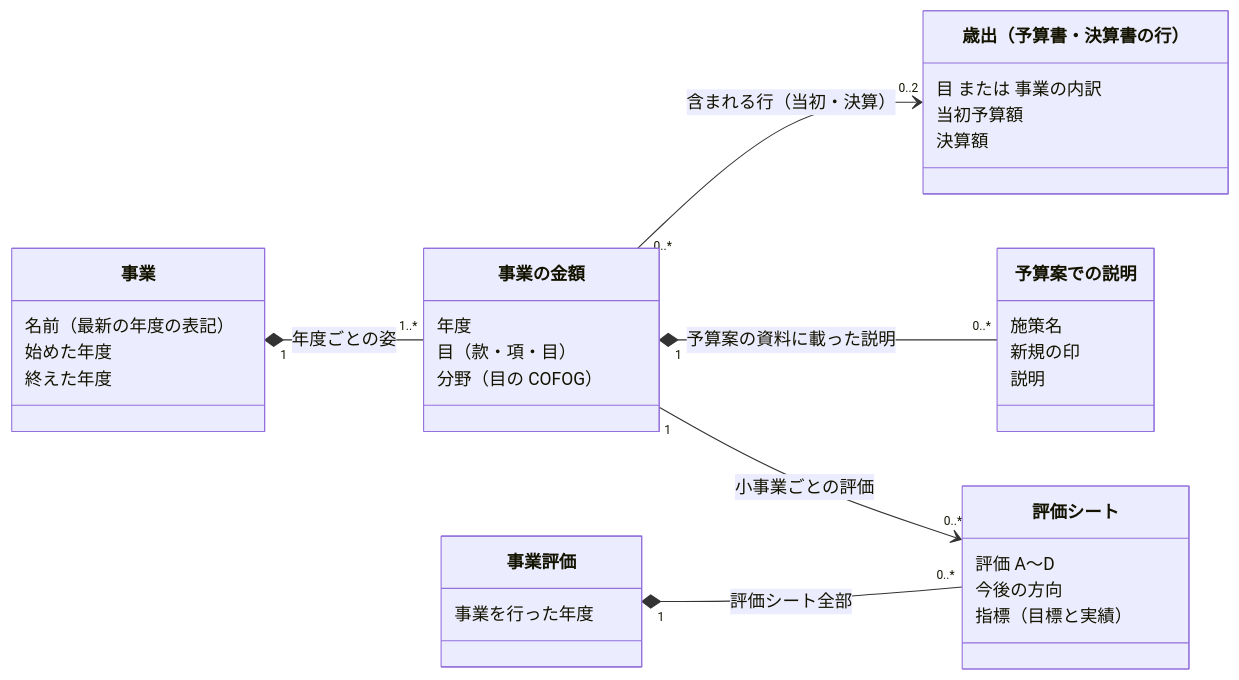
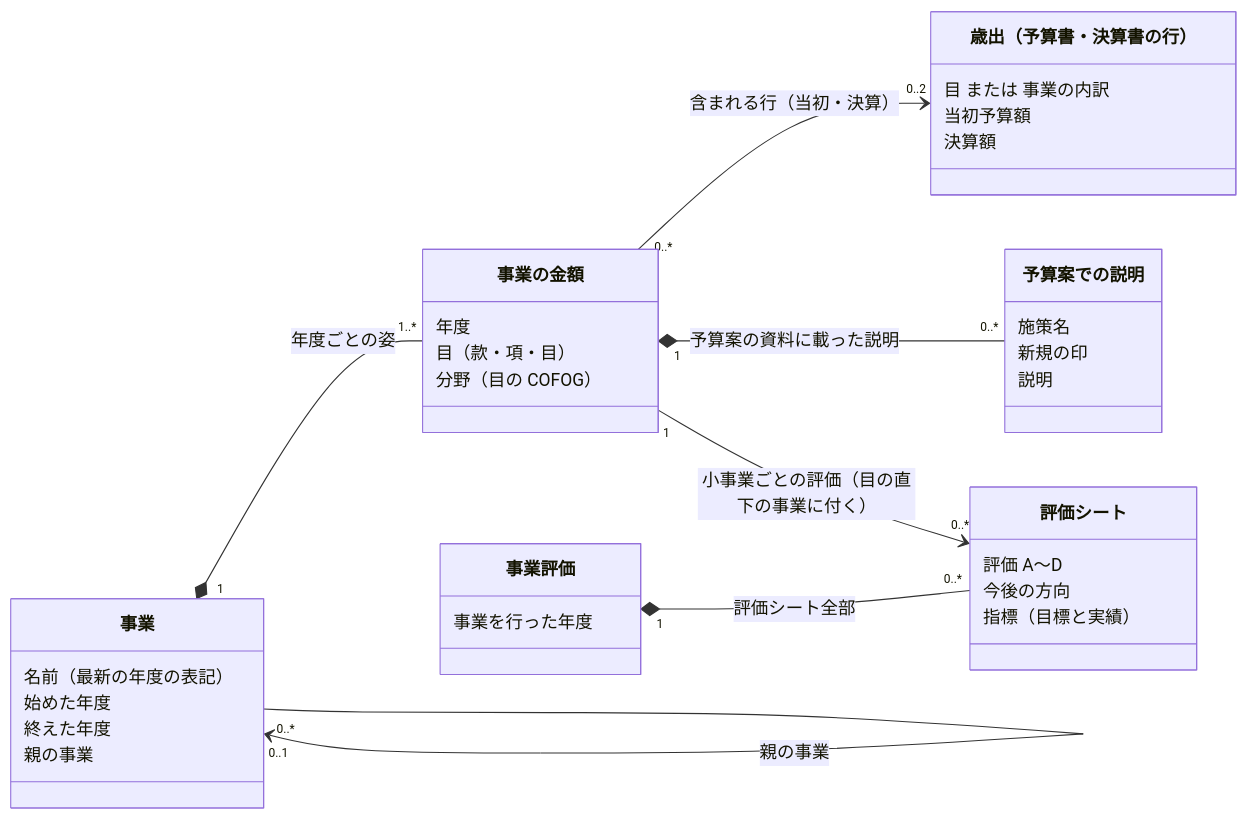
Before and after one commit to fudoki-hensansitu/fudoki: the diagram in docs/prd/jurisdiction-page-data/project-domain-model.md, drawn with Mermaid. The commit also changed other lines of this file, not shown here.

````diff
--- a/docs/prd/jurisdiction-page-data/project-domain-model.md
+++ b/docs/prd/jurisdiction-page-data/project-domain-model.md
@@ -17,37 +17,39 @@
 ```mermaid
 classDiagram
     direction LR
     class Project["事業"] {
         名前（最新の年度の表記）
         始めた年度
         終えた年度
+        親の事業
     }
     class ProjectYear["事業の金額"] {
         年度
         目（款・項・目）
         分野（目の COFOG）
     }
     class Briefing["予算案での説明"] {
         施策名
         新規の印
         説明
     }
     class Expenditure["歳出（予算書・決算書の行）"] {
         目 または 事業の内訳
         当初予算額
         決算額
     }
     class EvaluationRoot["事業評価"] {
         事業を行った年度
     }
     class Evaluation["評価シート"] {
         評価 A〜D
         今後の方向
         指標（目標と実績）
     }
     Project "1" *-- "1..*" ProjectYear : 年度ごとの姿
+    Project "0..1" <-- "0..*" Project : 親の事業
     ProjectYear "0..*" --> "0..2" Expenditure : 含まれる行（当初・決算）
     EvaluationRoot "1" *-- "0..*" Evaluation : 評価シート全部
-    ProjectYear "1" --> "0..*" Evaluation : 小事業ごとの評価
+    ProjectYear "1" --> "0..*" Evaluation : 小事業ごとの評価（目の直下の事業に付く）
     ProjectYear "1" *-- "0..*" Briefing : 予算案の資料に載った説明
 ```
````
